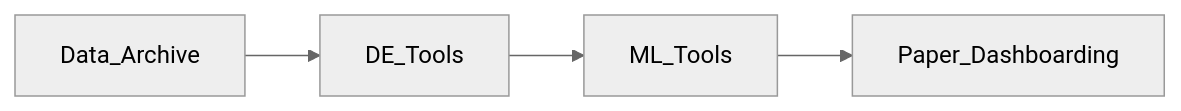
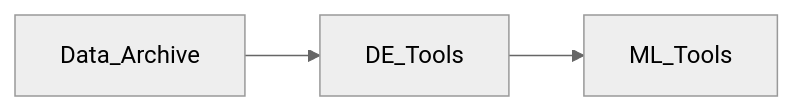
One commit to rhyslwells/Data-Archive changed the diagram in content/index.md. Above: the diagram before and after it, drawn with Mermaid (neutral theme). The commit also changed other lines of this file and 3 other files, not shown here.

````diff
--- a/content/index.md
+++ b/content/index.md
@@ -10,11 +10,9 @@
 ```mermaid
 graph LR;
     style Data_Archive fontSize:16px,fontWeight:bold;
     style DE_Tools fontSize:14px;
     style ML_Tools fontSize:14px;
-    style Paper_Dashboarding fontSize:14px;
 
     Data_Archive --> DE_Tools;
     DE_Tools --> ML_Tools;
-    ML_Tools --> Paper_Dashboarding;
 ```
````
